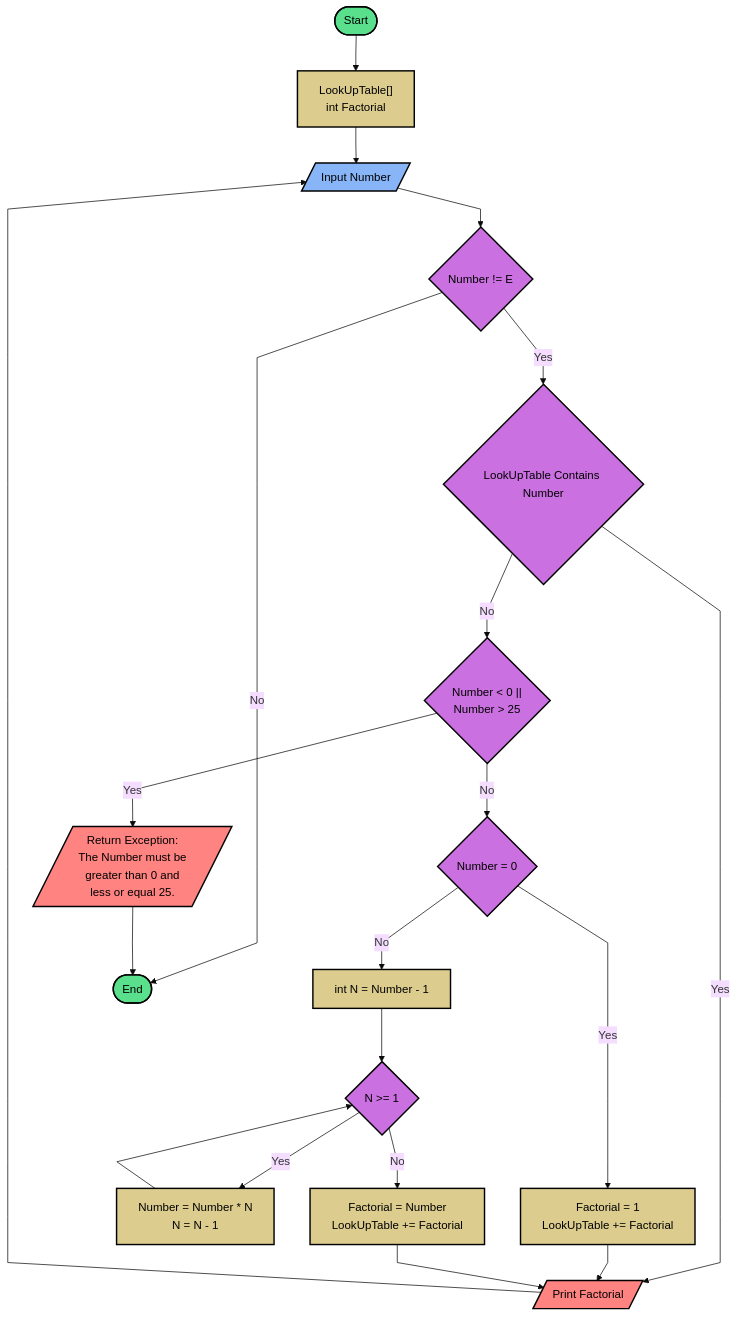
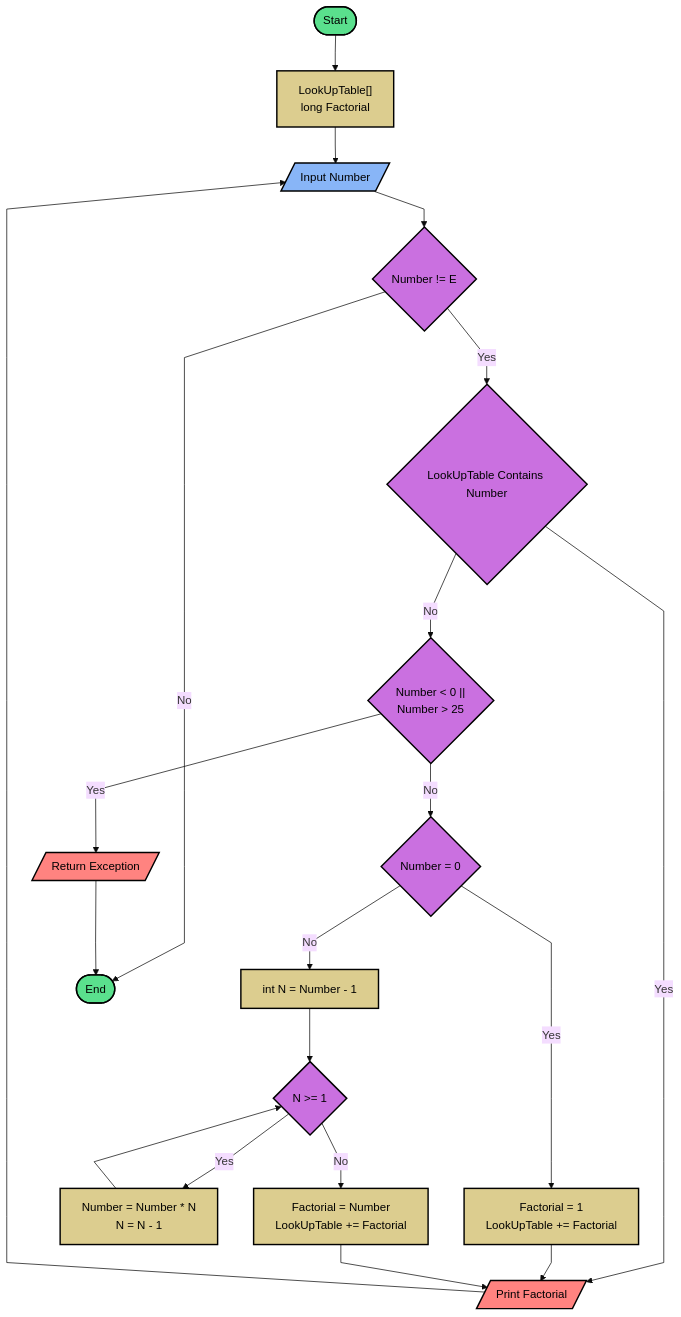
Before and after one commit to JuMaxi/ChallengeIntroCoding-CodeFirstGirls: the diagram in ChallengeIntroCoding/Problem4.md, drawn with Mermaid (base theme). The commit also changed other lines of this file and 2 other files, not shown here.

Commit message:
Problem5 - Flowchart and Pseudo code.

````diff
--- a/ChallengeIntroCoding/Problem4.md
+++ b/ChallengeIntroCoding/Problem4.md
@@ -9,59 +9,56 @@
 ```mermaid
 %%{ init: { 'flowchart': { 'curve': 'linear' } } }%%
 flowchart TD
 id1([Start])
 id2["LookUpTable&lbrack;&rbrack;
-int Factorial"]
+long Factorial"]
 id3[/Input Number/]
 id4{Number != E}
 id5{LookUpTable Contains Number}
 id7{"Number < 0 ||
  Number > 25"}
-id8[/"Return Exception: 
-The Number must be 
-greater than 0 and
-less or equal 25."/]
+id8[/"Return Exception"/]
 id9{Number = 0}
 id10["Factorial = 1
 LookUpTable += Factorial"]
 id11[int N = Number - 1]
 id12{N >= 1}
 id13["Number = Number * N
 N = N - 1"]
 id14["Factorial = Number
 LookUpTable += Factorial"]
 id15[/Print Factorial/]
 id16([End])
 
 id1 --> id2 --> id3 --> id4
 id4 -- Yes --> id5
 id5 -- Yes --> id15
 id5 -- No --> id7
 id7 -- Yes --> id8
 id7 -- No --> id9
 id9 -- Yes --> id10
 id10 --> id15
 id15 --> id3
 id9 -- No --> id11 --> id12
 id12 -- Yes --> id13
 id13 --> id12
 id12 -- No --> id14 --> id15
 id4 -- No --> id16
 id8 --> id16
 
 style id1 fill:#5AE08D,stroke:black,stroke-width:2px,color:black
 style id3 fill:#88B5F7,stroke:black,stroke-width:2px,color:black;
 style id16 fill:#5AE08D,stroke:black,stroke-width:2px,color:black
 style id15 fill:#FF8380,stroke:black,stroke-width:2px,color:black;
 style id8 fill:#FF8380,stroke:black,stroke-width:2px,color:black;
 style id2 fill:#DCCD8F,stroke:black,stroke-width:2px,color:black;
 style id10 fill:#DCCD8F,stroke:black,stroke-width:2px,color:black;
 style id11 fill:#DCCD8F,stroke:black,stroke-width:2px,color:black;
 style id13 fill:#DCCD8F,stroke:black,stroke-width:2px,color:black;
 style id14 fill:#DCCD8F,stroke:black,stroke-width:2px,color:black;
 style id4 fill:#CA70E0,stroke:black,stroke-width:2px,color:black;
 style id5 fill:#CA70E0,stroke:black,stroke-width:2px,color:black;
 style id7 fill:#CA70E0,stroke:black,stroke-width:2px,color:black;
 style id9 fill:#CA70E0,stroke:black,stroke-width:2px,color:black;
 style id12 fill:#CA70E0,stroke:black,stroke-width:2px,color:black;
 ```
````
